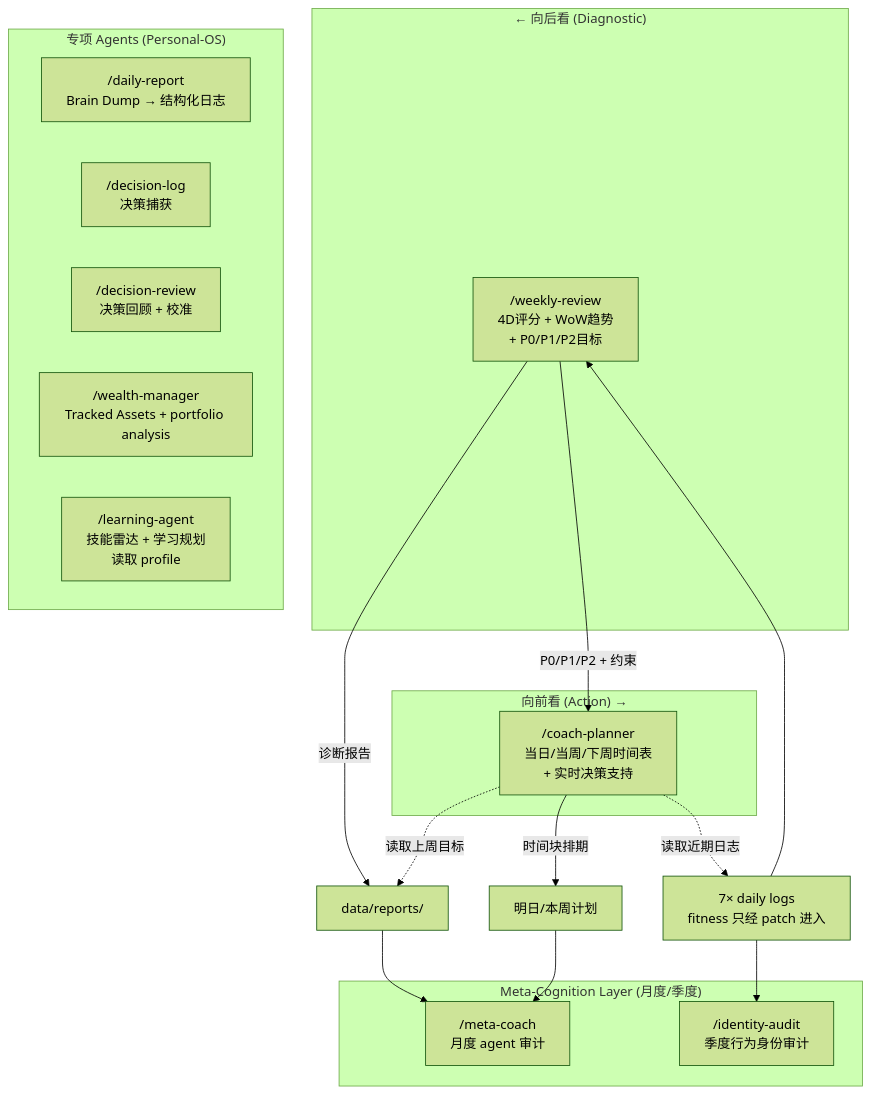
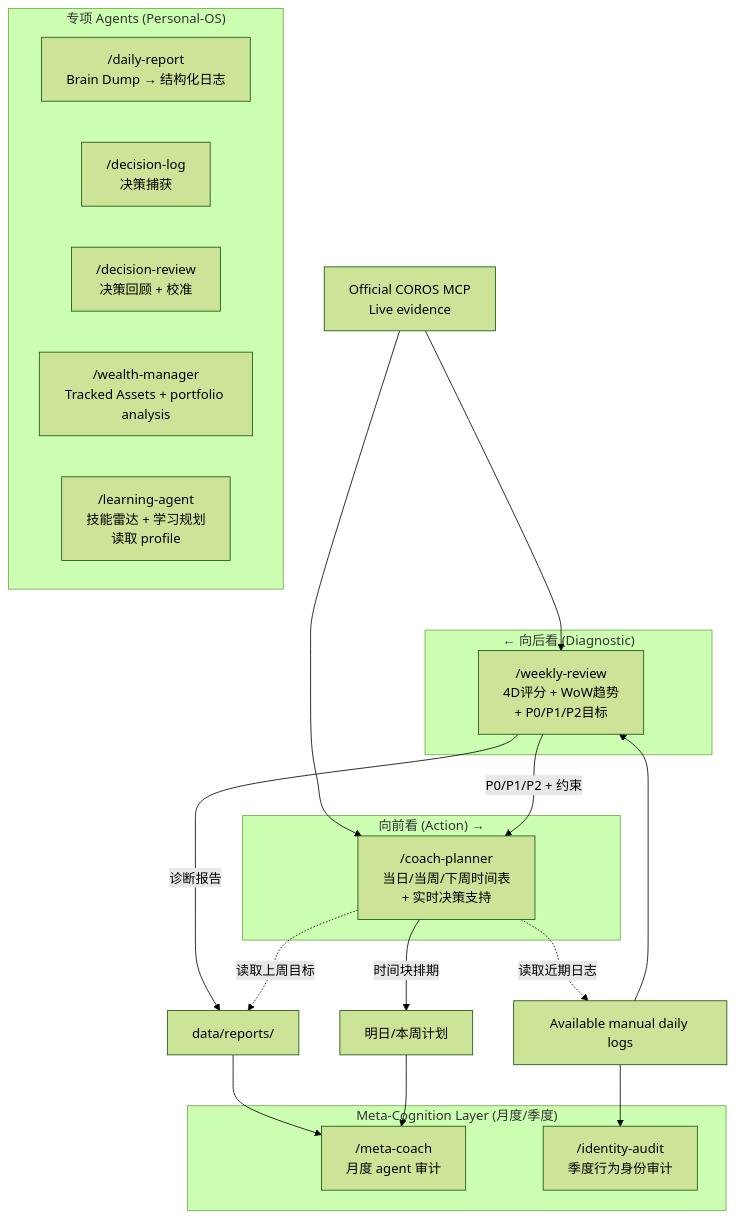
The sixth of 7 diagrams in ARCHITECTURE.md (KelvinYou/personal-os), drawn with Mermaid (forest theme) before and after one commit. The commit also changed other lines of this file and 19 other files, not shown here.

Commit message:
docs: update architecture, workflow SOP, roadmap and correction queue

````diff
--- a/ARCHITECTURE.md
+++ b/ARCHITECTURE.md
@@ -284,35 +262,36 @@
 ```mermaid
 graph TD
     subgraph Backward ["← 向后看 (Diagnostic)"]
         WR["/weekly-review<br/>4D评分 + WoW趋势<br/>+ P0/P1/P2目标"]
     end
 
     subgraph Forward ["向前看 (Action) →"]
         CP["/coach-planner<br/>当日/当周/下周时间表<br/>+ 实时决策支持"]
     end
 
     subgraph Specialists ["专项 Agents (Personal-OS)"]
         DR["/daily-report<br/>Brain Dump → 结构化日志"]
         DJL["/decision-log<br/>决策捕获"]
         DJR["/decision-review<br/>决策回顾 + 校准"]
         WM["/wealth-manager<br/>Tracked Assets + portfolio analysis"]
         LA["/learning-agent<br/>技能雷达 + 学习规划<br/>读取 profile"]
     end
 
     subgraph Meta ["Meta-Cognition Layer (月度/季度)"]
         MC["/meta-coach<br/>月度 agent 审计"]
         IA["/identity-audit<br/>季度行为身份审计"]
     end
 
-    LOGS["7× daily logs<br/>fitness 只经 patch 进入"] --> WR
+    LOGS["Available manual daily logs"] --> WR
+    MCP["Official COROS MCP<br/>Live evidence"] --> WR & CP
     WR -- "P0/P1/P2 + 约束" --> CP
     WR -- "诊断报告" --> REPORT["data/reports/"]
 
     CP -- "时间块排期" --> SCHED["明日/本周计划"]
     CP -. "读取近期日志" .-> LOGS
     CP -. "读取上周目标" .-> REPORT
 
     REPORT --> MC
     SCHED --> MC
     LOGS --> IA
 ```
````
